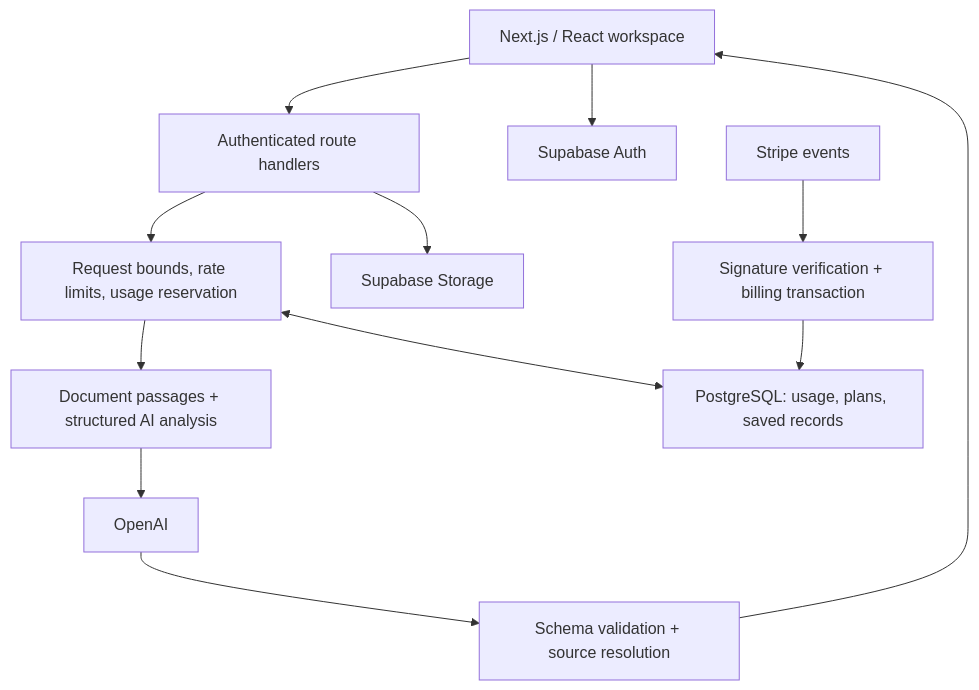
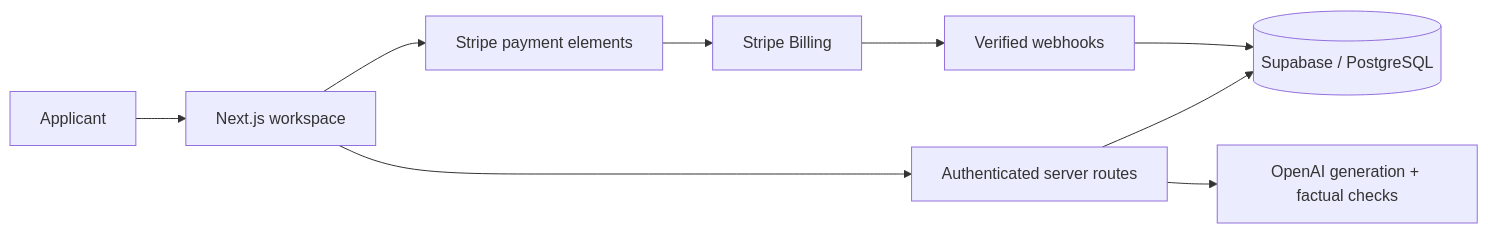
The diagram in README.md (syedarman1/screenme), drawn with Mermaid before and after one commit. The commit also changed other lines of this file and 87 other files, not shown here.

````diff
--- a/README.md
+++ b/README.md
@@ -21,14 +71,11 @@
 ```mermaid
-flowchart TD
-    UI["Next.js / React workspace"] --> API["Authenticated route handlers"]
-    API --> Gate["Request bounds, rate limits, usage reservation"]
-    Gate --> Engine["Document passages + structured AI analysis"]
-    Engine --> Provider["OpenAI"]
-    Provider --> Validate["Schema validation + source resolution"]
-    Validate --> UI
-    Gate <--> DB["PostgreSQL: usage, plans, saved records"]
-    UI --> Auth["Supabase Auth"]
-    API --> Storage["Supabase Storage"]
-    Stripe["Stripe events"] --> Webhook["Signature verification + billing transaction"]
-    Webhook --> DB
+flowchart LR
+  Applicant[Applicant] --> UI[Next.js workspace]
+  UI --> API[Authenticated server routes]
+  API --> DB[(Supabase / PostgreSQL)]
+  API --> AI[OpenAI generation + factual checks]
+  UI --> Payment[Stripe payment elements]
+  Payment --> Stripe[Stripe Billing]
+  Stripe --> Hook[Verified webhooks]
+  Hook --> DB
 ```
````
